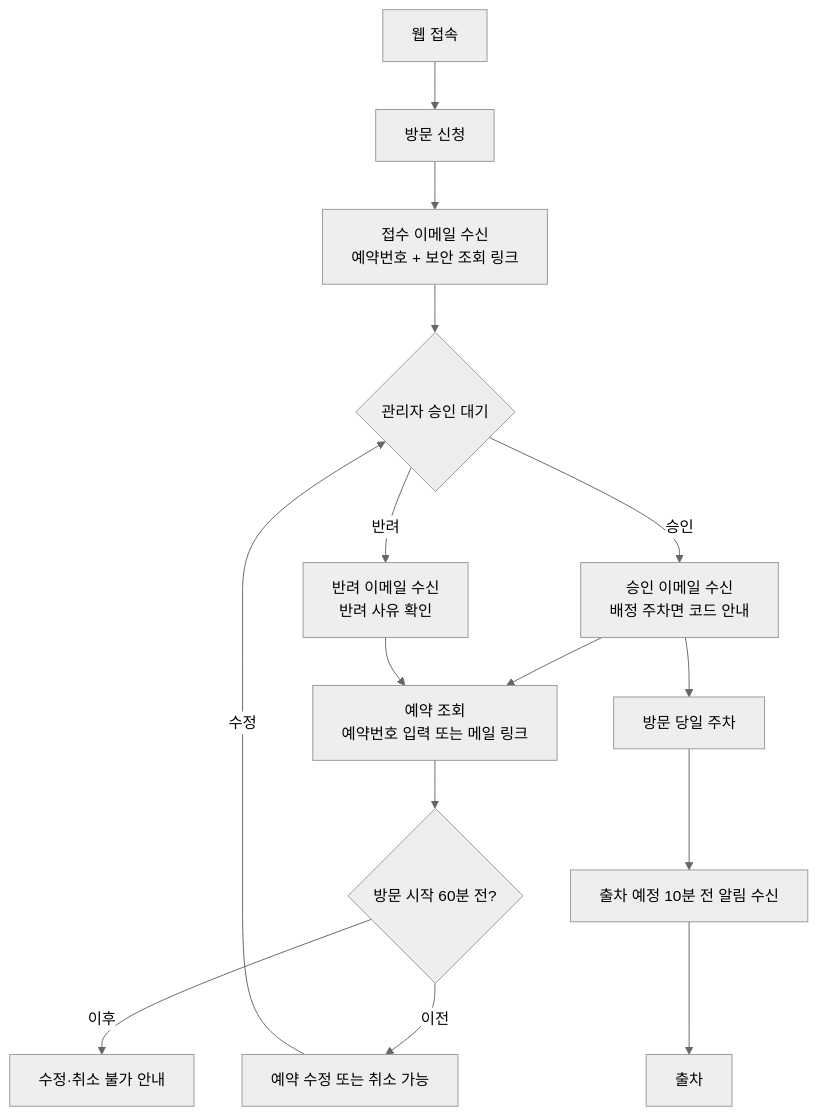
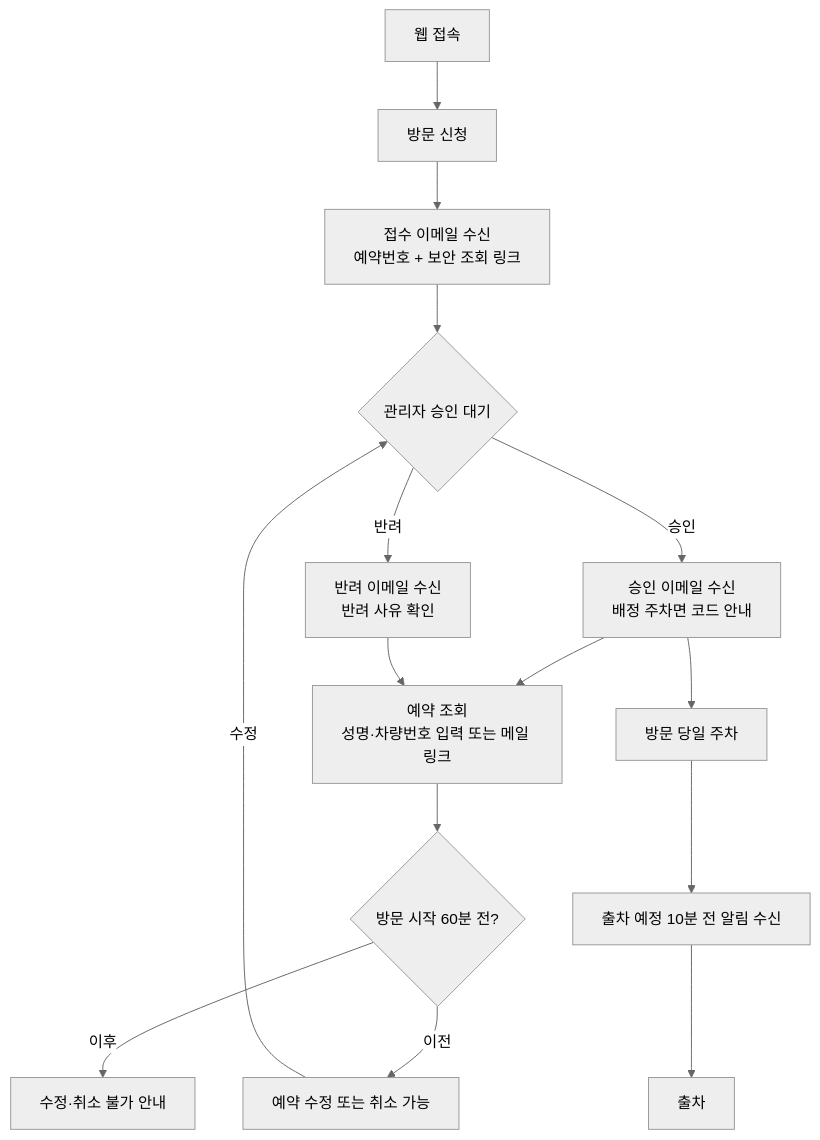
The first of 5 diagrams in README.md (leejyeone/ParkingSystem), drawn with Mermaid (neutral theme) before and after one commit. The commit also changed other lines of this file and 16 other files, not shown here.

````diff
--- a/README.md
+++ b/README.md
@@ -184,17 +186,17 @@
 ```mermaid
 flowchart TD
     A[웹 접속] --> B[방문 신청]
     B --> C[접수 이메일 수신<br/>예약번호 + 보안 조회 링크]
     C --> D{관리자 승인 대기}
     D -->|승인| E[승인 이메일 수신<br/>배정 주차면 코드 안내]
     D -->|반려| F[반려 이메일 수신<br/>반려 사유 확인]
-    E --> G[예약 조회<br/>예약번호 입력 또는 메일 링크]
+    E --> G[예약 조회<br/>성명·차량번호 입력 또는 메일 링크]
     F --> G
     G --> H{방문 시작 60분 전?}
     H -->|이전| I[예약 수정 또는 취소 가능]
     H -->|이후| J[수정·취소 불가 안내]
     I -->|수정| D
     E --> K[방문 당일 주차]
     K --> L[출차 예정 10분 전 알림 수신]
     L --> M[출차]
 ```
````
